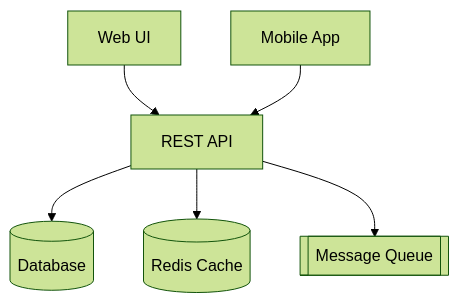
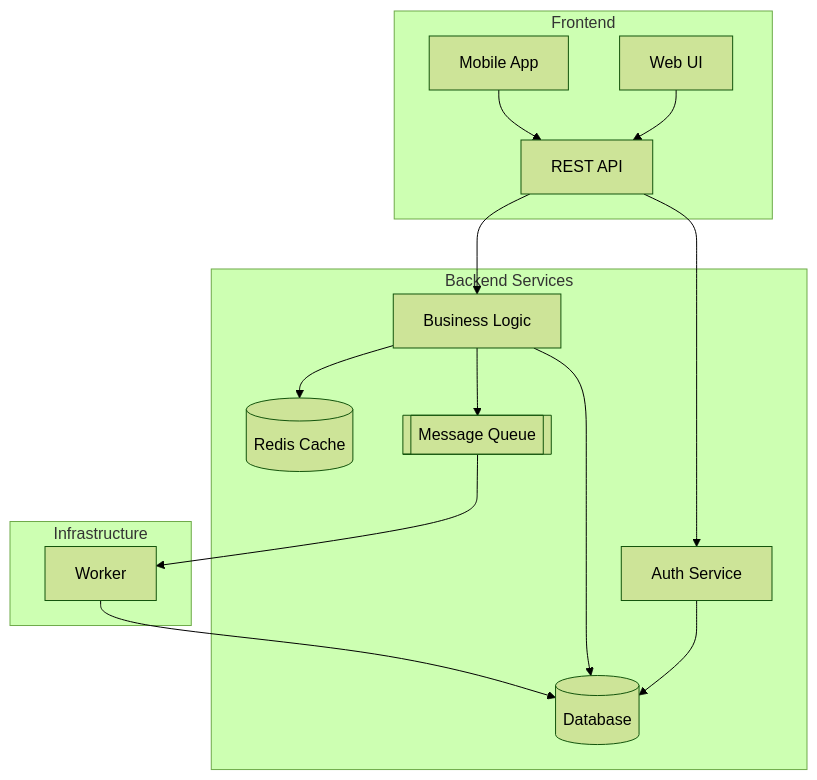
One commit to julianshen/mmgo changed the diagram in examples/flowchart/subgraphs.mmd. Above: the diagram before and after it, drawn with Mermaid (forest theme). The commit also changed 42 other files, not shown here.

```diff
--- a/examples/flowchart/subgraphs.mmd
+++ b/examples/flowchart/subgraphs.mmd
@@ -1,6 +1,17 @@
 flowchart TB
-    UI[Web UI] --> API[REST API]
-    Mobile[Mobile App] --> API
-    API --> DB[(Database)]
-    API --> Cache[(Redis Cache)]
-    API --> Queue[[Message Queue]]
+    subgraph frontend [Frontend]
+        UI[Web UI] --> API[REST API]
+        Mobile[Mobile App] --> API
+    end
+    subgraph backend [Backend Services]
+        API --> Auth[Auth Service]
+        API --> Business[Business Logic]
+        Auth --> DB[(Database)]
+        Business --> DB
+        Business --> Cache[(Redis Cache)]
+        Business --> Queue[[Message Queue]]
+    end
+    subgraph infra [Infrastructure]
+        Queue --> Worker[Worker]
+        Worker --> DB
+    end
```
